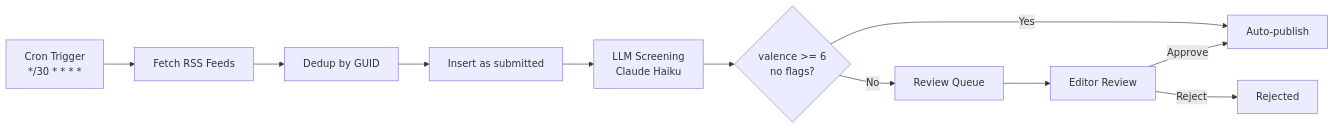
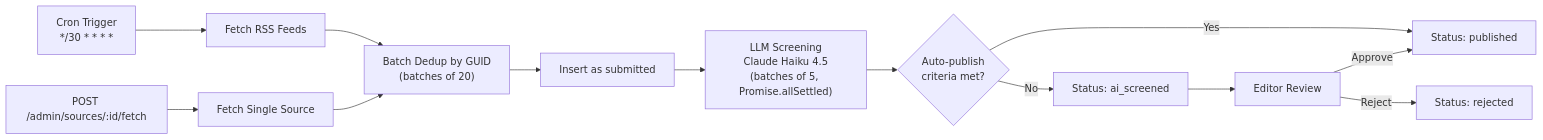
Before and after one commit to nxsh/dochas-times: the fifth of 5 diagrams in docs/architecture.md, drawn with Mermaid. The commit also changed other lines of this file and 18 other files, not shown here.

First line of the commit message:
Code review fixes, comprehensive test suite, updated docs and diagrams

````diff
--- a/docs/architecture.md
+++ b/docs/architecture.md
@@ -148,13 +149,15 @@
 ```mermaid
 graph LR
     Cron["Cron Trigger<br/>*/30 * * * *"] --> Fetch["Fetch RSS Feeds"]
-    Fetch --> Dedup["Dedup by GUID"]
+    Manual["POST /admin/sources/:id/fetch"] --> FetchOne["Fetch Single Source"]
+    Fetch --> Dedup["Batch Dedup by GUID<br/>(batches of 20)"]
+    FetchOne --> Dedup
     Dedup --> Insert["Insert as submitted"]
-    Insert --> LLM["LLM Screening<br/>Claude Haiku"]
-    LLM --> Score{"valence >= 6<br/>no flags?"}
-    Score -->|Yes| Publish["Auto-publish"]
-    Score -->|No| Queue["Review Queue"]
+    Insert --> LLM["LLM Screening<br/>Claude Haiku 4.5<br/>(batches of 5, Promise.allSettled)"]
+    LLM --> Score{"Auto-publish<br/>criteria met?"}
+    Score -->|Yes| Publish["Status: published"]
+    Score -->|No| Queue["Status: ai_screened"]
     Queue --> Editor["Editor Review"]
     Editor -->|Approve| Publish
-    Editor -->|Reject| Rejected["Rejected"]
+    Editor -->|Reject| Rejected["Status: rejected"]
 ```
````
